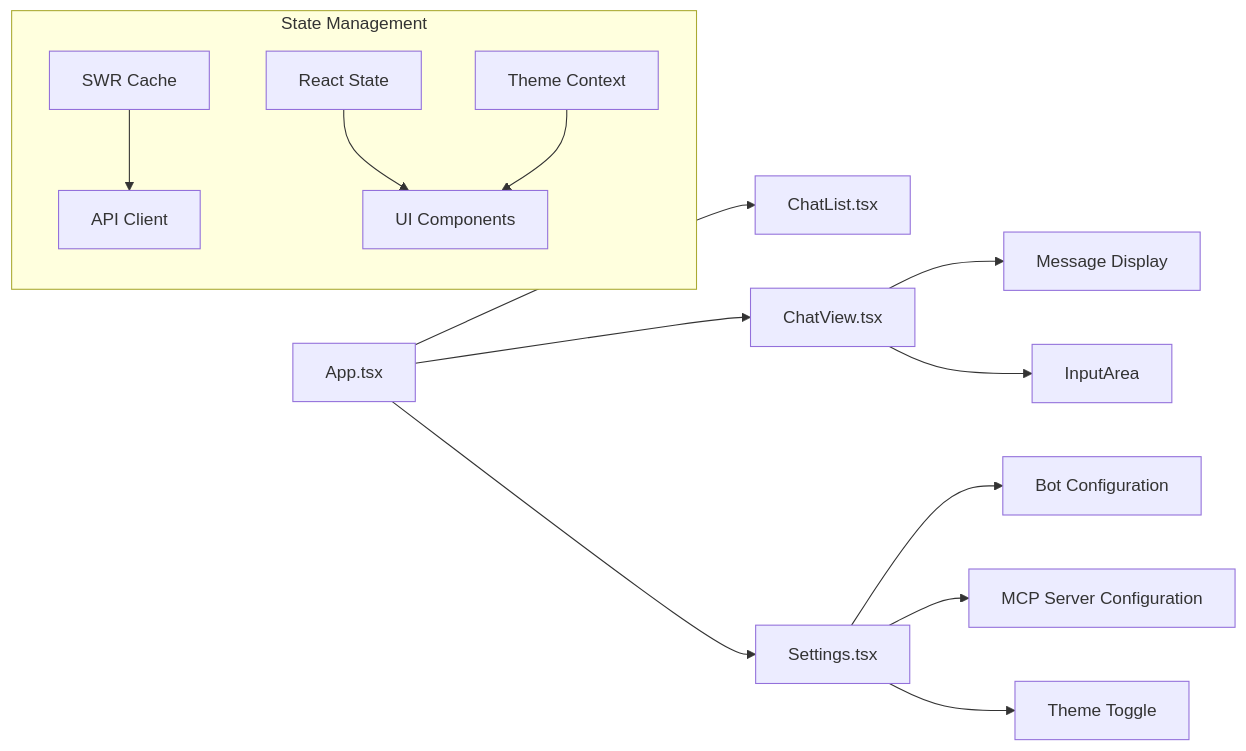
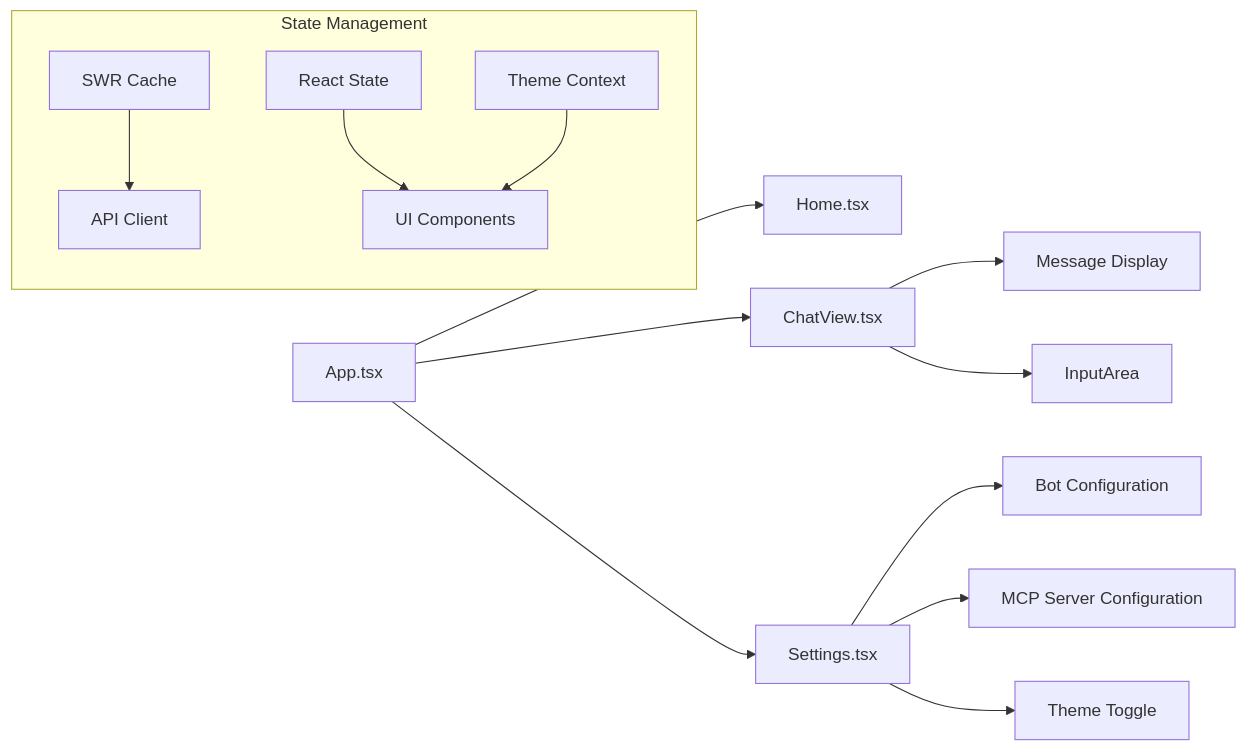
The second of 3 diagrams in memory-bank/systemPatterns.md (luohy15/y-gui), drawn with Mermaid before and after one commit. The commit also changed 16 other files, not shown here.

````diff
--- a/memory-bank/systemPatterns.md
+++ b/memory-bank/systemPatterns.md
@@ -55,17 +55,17 @@
 ```mermaid
 flowchart LR
-    App[App.tsx] --> ChatList[ChatList.tsx]
+    App[App.tsx] --> Home[Home.tsx]
     App --> ChatView[ChatView.tsx]
     App --> Settings[Settings.tsx]
     ChatView --> MessageDisplay[Message Display]
     ChatView --> InputArea[InputArea]
     Settings --> BotConfig[Bot Configuration]
     Settings --> McpConfig[MCP Server Configuration]
     Settings --> ThemeToggle[Theme Toggle]
 
     subgraph "State Management"
         SWR[SWR Cache] --> API[API Client]
         LocalState[React State] --> UI[UI Components]
         ThemeContext[Theme Context] --> UI
     end
 ```
````
